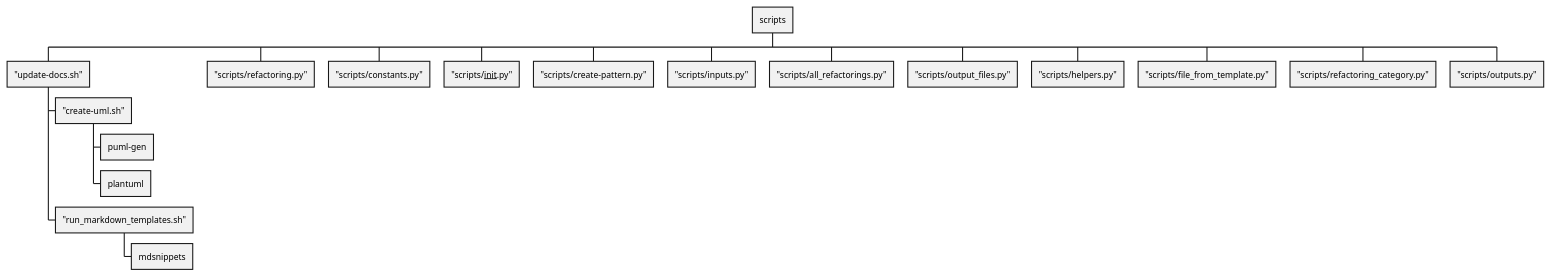
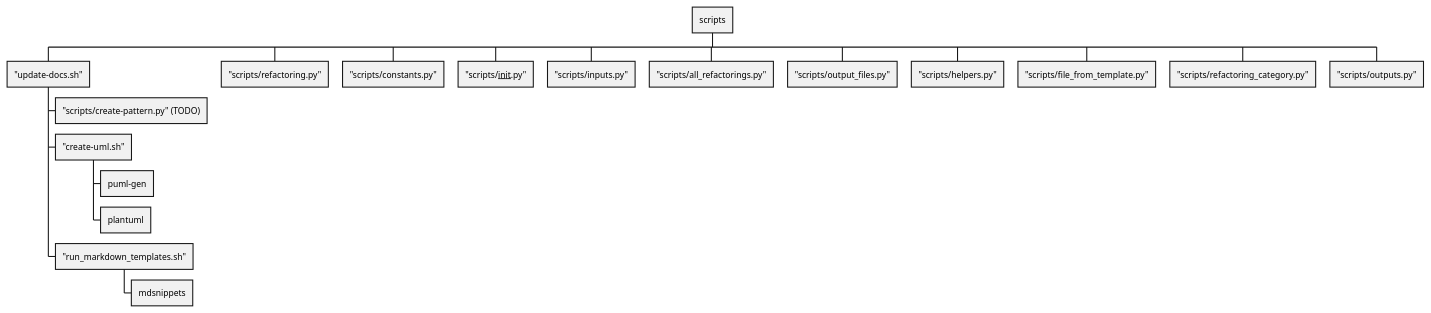
One commit to claremacrae/RefactoringSamples changed the diagram in uml/Scripts/Scripts.puml. Above: the diagram before and after it, drawn with PlantUML.

Commit message:
Show where "scripts/create-pattern.py" is supposed to be called

```diff
--- a/uml/Scripts/Scripts.puml
+++ b/uml/Scripts/Scripts.puml
@@ -1,22 +1,22 @@
 @startwbs
 
 * scripts
 ** "update-docs.sh"
+*** "scripts/create-pattern.py" (TODO)
 *** "create-uml.sh"
 **** puml-gen
 **** plantuml
 *** "run_markdown_templates.sh"
 **** mdsnippets
 ** "scripts/refactoring.py"
 ** "scripts/constants.py"
 ** "scripts/__init__.py"
-** "scripts/create-pattern.py"
 ** "scripts/inputs.py"
 ** "scripts/all_refactorings.py"
 ** "scripts/output_files.py"
 ** "scripts/helpers.py"
 ** "scripts/file_from_template.py"
 ** "scripts/refactoring_category.py"
 ** "scripts/outputs.py"
 
 @endwbs
```
